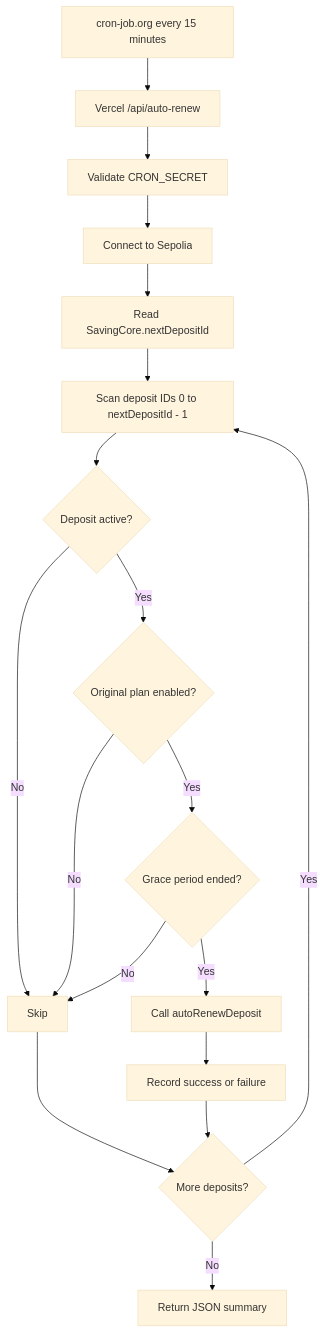
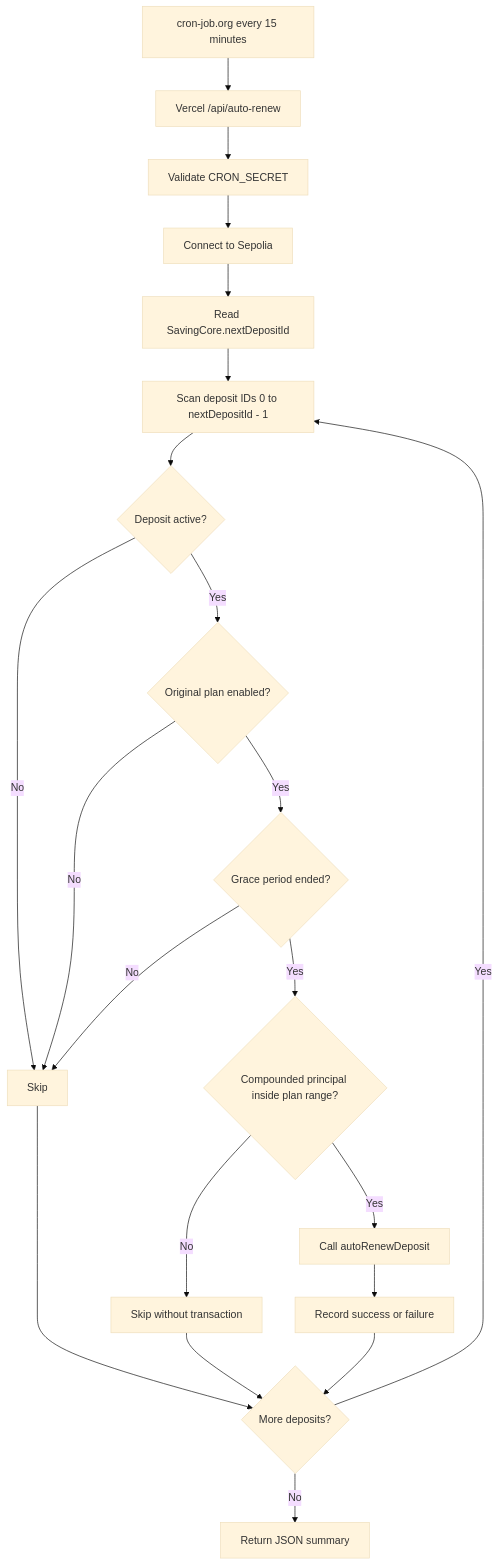
Diagram 12 of 17 in docs/USECASE_WORKFLOWS.md (DarqPL/DefiBanking-AC), drawn with Mermaid (base theme) before and after one commit. The commit also changed other lines of this file and 10 other files, not shown here.

Commit message:
feat: implement withdraw interest and renew principal functionality with plan limit checks; update documentation and tests

````diff
--- a/docs/USECASE_WORKFLOWS.md
+++ b/docs/USECASE_WORKFLOWS.md
@@ -297,20 +331,23 @@
 ```mermaid
 flowchart TD
     A[cron-job.org every 15 minutes] --> B[Vercel /api/auto-renew]
     B --> C[Validate CRON_SECRET]
     C --> D[Connect to Sepolia]
     D --> E[Read SavingCore.nextDepositId]
     E --> F[Scan deposit IDs 0 to nextDepositId - 1]
     F --> G{Deposit active?}
     G -->|No| H[Skip]
     G -->|Yes| I{Original plan enabled?}
     I -->|No| H
     I -->|Yes| J{Grace period ended?}
     J -->|No| H
-    J -->|Yes| K[Call autoRenewDeposit]
-    K --> L[Record success or failure]
+    J -->|Yes| K{Compounded principal inside plan range?}
+    K -->|No| K1[Skip without transaction]
+    K -->|Yes| L[Call autoRenewDeposit]
+    L --> N[Record success or failure]
     H --> M{More deposits?}
-    L --> M
+    K1 --> M
+    N --> M
     M -->|Yes| F
-    M -->|No| N[Return JSON summary]
+    M -->|No| O[Return JSON summary]
 ```
````
